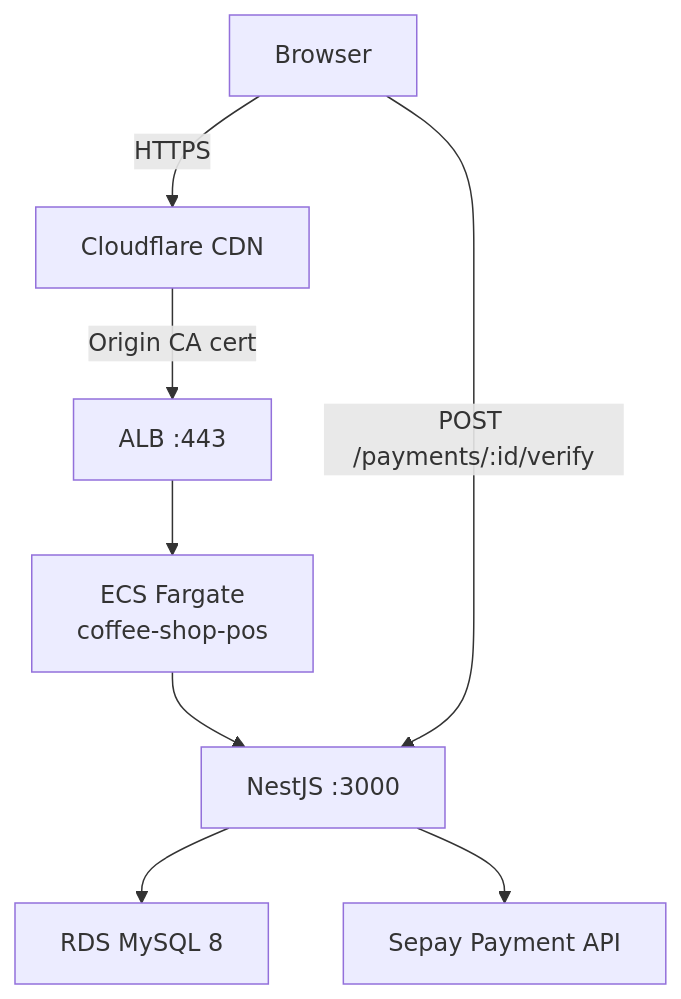
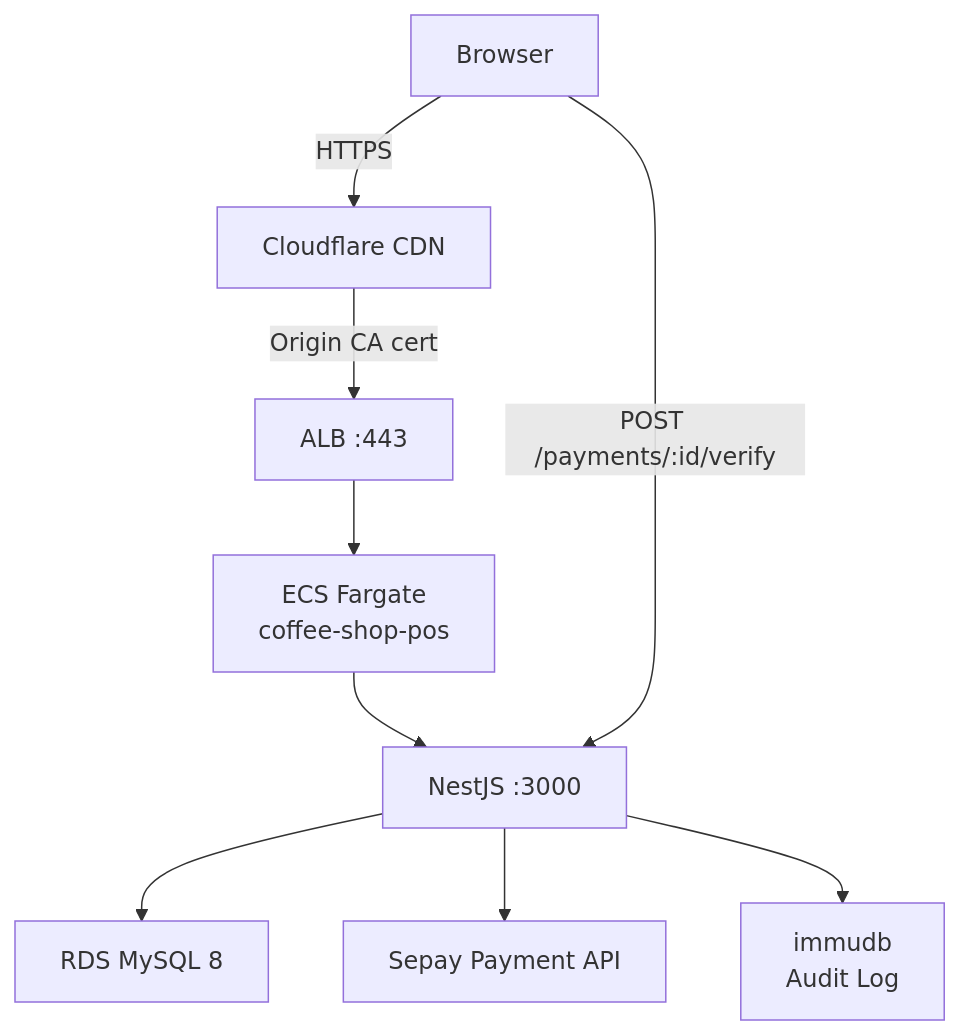
The first of 4 diagrams in docs/architecture.md (dng-nguyn/WNC-2026-N01.LT2), drawn with Mermaid before and after one commit. The commit also changed other lines of this file and 4 other files, not shown here.

````diff
--- a/docs/architecture.md
+++ b/docs/architecture.md
@@ -20,10 +21,11 @@
 ```mermaid
 graph TD
     Browser[Browser] -->|HTTPS| CF[Cloudflare CDN]
     CF -->|Origin CA cert| ALB[ALB :443]
     ALB --> ECS[ECS Fargate<br/>coffee-shop-pos]
     ECS --> NestJS[NestJS :3000]
     NestJS --> RDS[RDS MySQL 8]
     NestJS --> Sepay[Sepay Payment API]
+    NestJS --> Immudb[immudb<br/>Audit Log]
     Browser -->|POST /payments/:id/verify| NestJS
 ```
````
